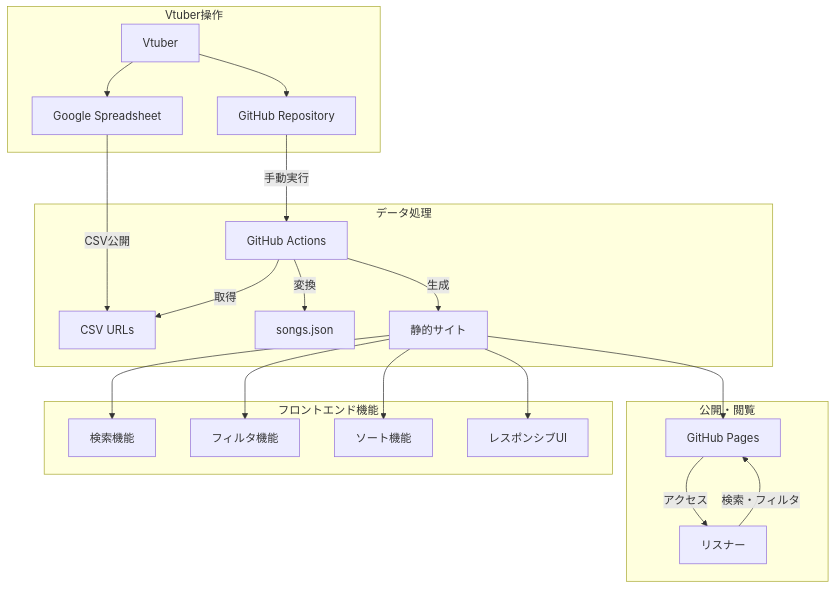
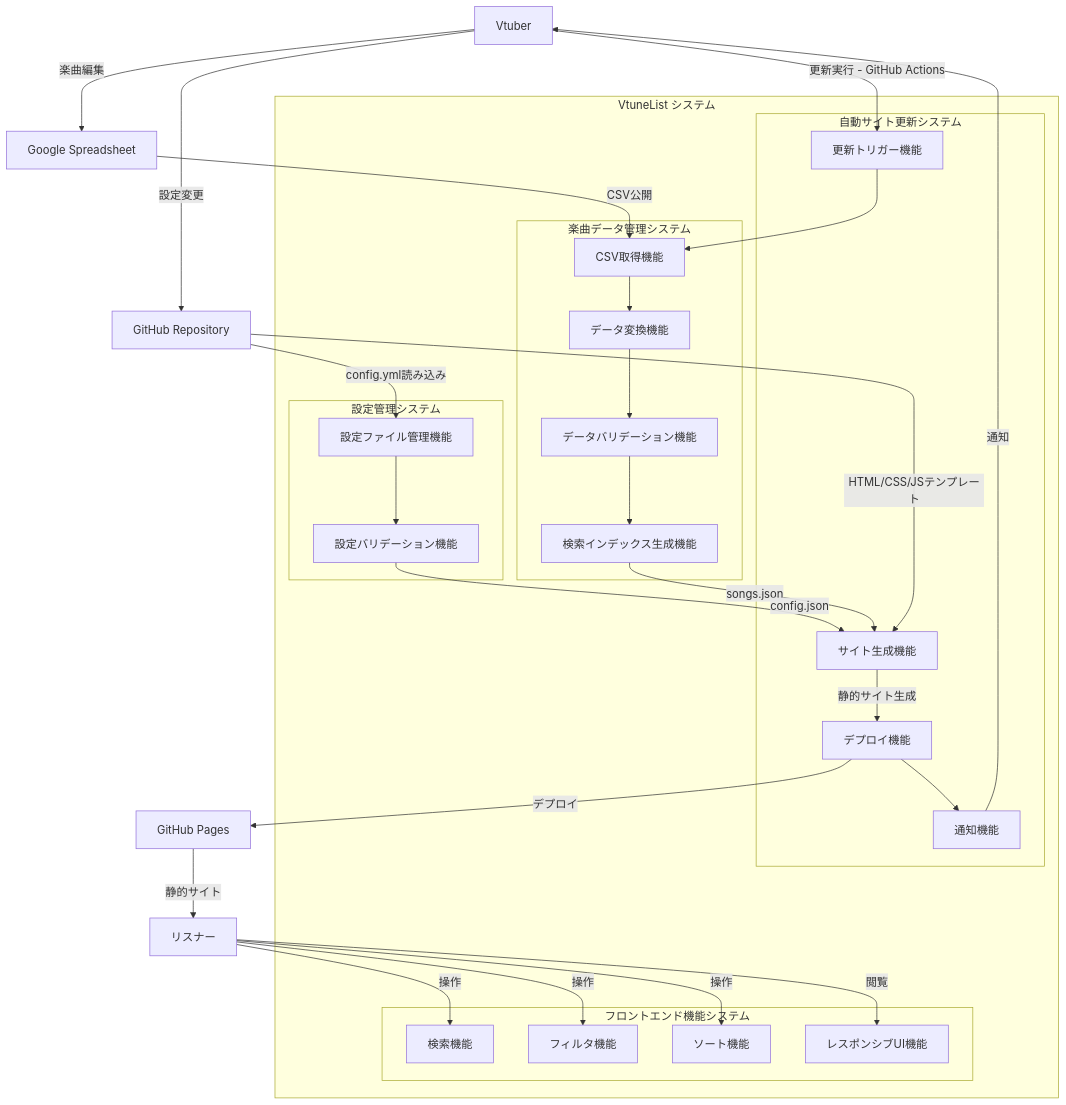
One commit to osawa-naotaka/vtunelist changed the first of 3 diagrams in doc/FUNCTIONAL_SPEC.md. Above: the diagram before and after it, drawn with Mermaid. The commit also changed other lines of this file, not shown here.

````diff
--- a/doc/FUNCTIONAL_SPEC.md
+++ b/doc/FUNCTIONAL_SPEC.md
@@ -9,28 +9,69 @@
 ```mermaid
 graph TB
-    subgraph "Vtuber操作"
-        V[Vtuber] --> GS[Google Spreadsheet]
-        V --> GH[GitHub Repository]
+    %% 外部アクター
+    V[Vtuber]
+    L[リスナー]
+    
+    %% 外部サービス
+    GS[Google Spreadsheet]
+    GR[GitHub Repository]
+    GP[GitHub Pages]
+    
+    %% システム境界
+    subgraph "VtuneList システム"
+        subgraph "楽曲データ管理システム"
+            DM_CSV[CSV取得機能]
+            DM_CONV[データ変換機能]
+            DM_VAL[データバリデーション機能]
+            DM_GEN[検索インデックス生成機能]
+        end
+        
+        subgraph "設定管理システム"
+            CM_CONFIG[設定ファイル管理機能]
+            CM_VAL[設定バリデーション機能]
+        end
+        
+        subgraph "自動サイト更新システム"
+            AU_TRIGGER[更新トリガー機能]
+            AU_BUILD[サイト生成機能]
+            AU_DEPLOY[デプロイ機能]
+            AU_NOTIFY[通知機能]
+        end
+        
+        subgraph "フロントエンド機能システム"
+            FE_SEARCH[検索機能]
+            FE_FILTER[フィルタ機能]
+            FE_SORT[ソート機能]
+            FE_UI[レスポンシブUI機能]
+        end
     end
     
-    subgraph "データ処理"
-        GS --> |CSV公開| CSV[CSV URLs]
-        GH --> |手動実行| GA[GitHub Actions]
-        GA --> |取得| CSV
-        GA --> |変換| JSON[songs.json]
-        GA --> |生成| SITE[静的サイト]
-    end
+    %% データフロー
+    V --> |楽曲編集| GS
+    V --> |設定変更| GR
+    V --> |更新実行 - GitHub Actions| AU_TRIGGER
     
-    subgraph "公開・閲覧"
-        SITE --> GP[GitHub Pages]
-        GP --> |アクセス| L[リスナー]
-        L --> |検索・フィルタ| GP
-    end
+    GS --> |CSV公開| DM_CSV
+    GR --> |config.yml読み込み| CM_CONFIG
     
-    subgraph "フロントエンド機能"
-        SITE --> SEARCH[検索機能]
-        SITE --> FILTER[フィルタ機能]
-        SITE --> SORT[ソート機能]
-        SITE --> UI[レスポンシブUI]
-    end
+    AU_TRIGGER --> DM_CSV
+    DM_CSV --> DM_CONV
+    DM_CONV --> DM_VAL
+    DM_VAL --> DM_GEN
+    DM_GEN --> |songs.json| AU_BUILD
+    
+    CM_CONFIG --> CM_VAL
+    CM_VAL --> |config.json| AU_BUILD
+    
+    GR --> |HTML/CSS/JSテンプレート| AU_BUILD
+    AU_BUILD --> |静的サイト生成| AU_DEPLOY
+    AU_DEPLOY --> |デプロイ| GP
+    AU_DEPLOY --> AU_NOTIFY
+    AU_NOTIFY --> |通知| V
+    
+    GP --> |静的サイト| L
+    L --> |操作| FE_SEARCH
+    L --> |操作| FE_FILTER  
+    L --> |操作| FE_SORT
+    L --> |閲覧| FE_UI
 ```
````
